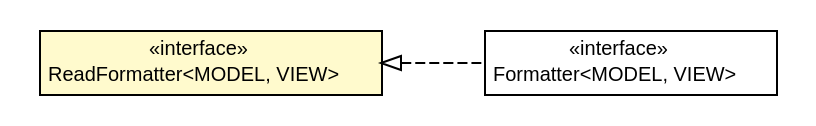
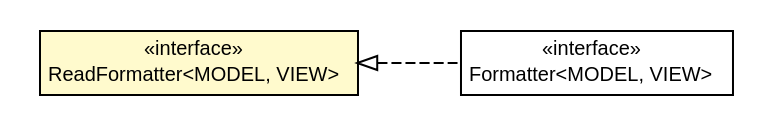
One commit to growbit/turbogwt-databind changed the diagram in javadoc/apidocs/org/turbogwt/mvp/databind/client/format/ReadFormatter.dot. Above: the diagram before and after it, drawn with Graphviz. The commit also changed 171 other files, not shown here.

```diff
--- a/javadoc/apidocs/org/turbogwt/mvp/databind/client/format/ReadFormatter.dot
+++ b/javadoc/apidocs/org/turbogwt/mvp/databind/client/format/ReadFormatter.dot
@@ -1,29 +1,29 @@
 #!/usr/local/bin/dot
 #
 # Class diagram 
 # Generated by UMLGraph version R5_6-24-gf6e263 (http://www.umlgraph.org/)
 #
 
 digraph G {
-	edge [fontname="Helvetica",fontsize=10,labelfontname="Helvetica",labelfontsize=10];
-	node [fontname="Helvetica",fontsize=10,shape=plaintext];
+	edge [fontname="arial",fontsize=10,labelfontname="arial",labelfontsize=10];
+	node [fontname="arial",fontsize=10,shape=plaintext];
 	nodesep=0.25;
 	ranksep=0.5;
 	rankdir=LR;
 	// org.turbogwt.mvp.databind.client.format.ReadFormatter<MODEL, VIEW>
-	c778 [label=<<table title="org.turbogwt.mvp.databind.client.format.ReadFormatter" border="0" cellborder="1" cellspacing="0" cellpadding="2" port="p" bgcolor="lemonChiffon" href="./ReadFormatter.html">
+	c1053 [label=<<table title="org.turbogwt.mvp.databind.client.format.ReadFormatter" border="0" cellborder="1" cellspacing="0" cellpadding="2" port="p" bgcolor="lemonChiffon" href="./ReadFormatter.html">
 		<tr><td><table border="0" cellspacing="0" cellpadding="1">
 <tr><td align="center" balign="center"> &#171;interface&#187; </td></tr>
 <tr><td align="center" balign="center"> ReadFormatter&lt;MODEL, VIEW&gt; </td></tr>
 		</table></td></tr>
-		</table>>, URL="./ReadFormatter.html", fontname="Helvetica", fontcolor="black", fontsize=10.0];
+		</table>>, URL="./ReadFormatter.html", fontname="arial", fontcolor="black", fontsize=10.0];
 	// org.turbogwt.mvp.databind.client.format.Formatter<MODEL, VIEW>
-	c779 [label=<<table title="org.turbogwt.mvp.databind.client.format.Formatter" border="0" cellborder="1" cellspacing="0" cellpadding="2" port="p" href="./Formatter.html">
+	c1054 [label=<<table title="org.turbogwt.mvp.databind.client.format.Formatter" border="0" cellborder="1" cellspacing="0" cellpadding="2" port="p" href="./Formatter.html">
 		<tr><td><table border="0" cellspacing="0" cellpadding="1">
 <tr><td align="center" balign="center"> &#171;interface&#187; </td></tr>
 <tr><td align="center" balign="center"> Formatter&lt;MODEL, VIEW&gt; </td></tr>
 		</table></td></tr>
-		</table>>, URL="./Formatter.html", fontname="Helvetica", fontcolor="black", fontsize=10.0];
+		</table>>, URL="./Formatter.html", fontname="arial", fontcolor="black", fontsize=10.0];
 	//org.turbogwt.mvp.databind.client.format.Formatter<MODEL, VIEW> implements org.turbogwt.mvp.databind.client.format.ReadFormatter<MODEL, VIEW>
-	c778:p -> c779:p [dir=back,arrowtail=empty,style=dashed];
+	c1053:p -> c1054:p [dir=back,arrowtail=empty,style=dashed];
 }
```
